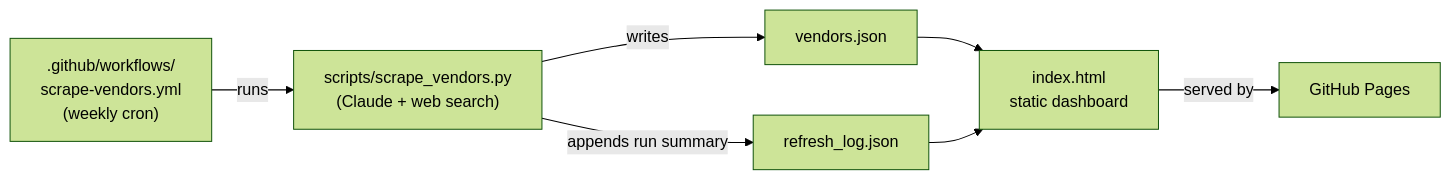
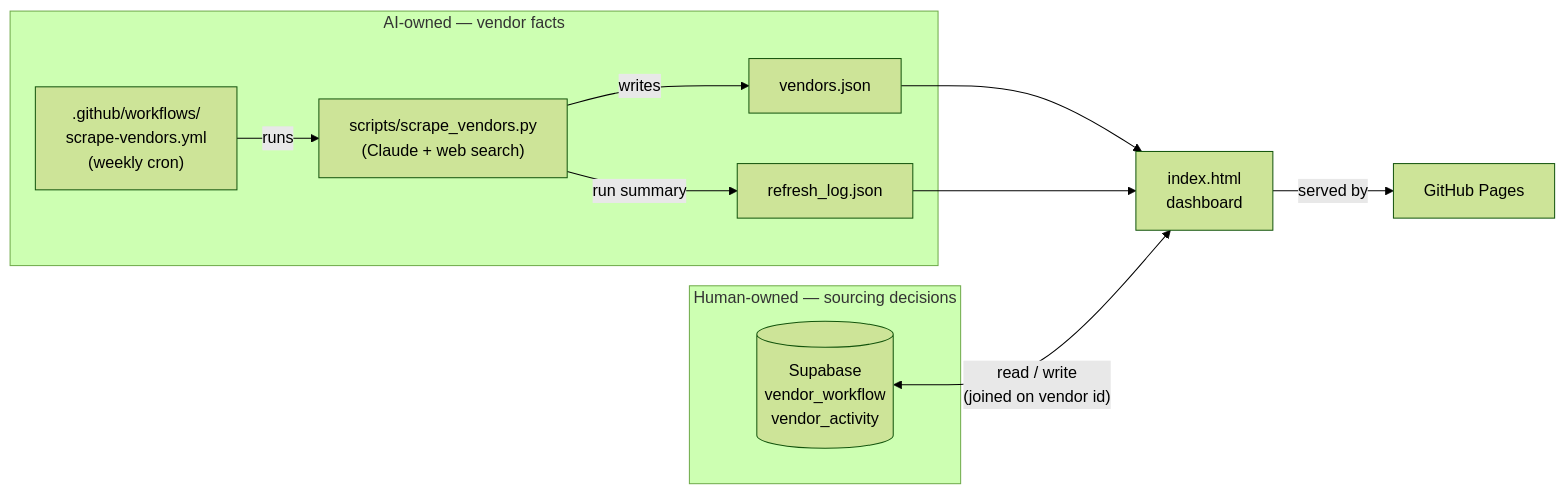
The diagram in README.md (zzixuan040/vendor-atlas), drawn with Mermaid (forest theme) before and after one commit. The commit also changed other lines of this file and 4 other files, not shown here.

First line of the commit message:
Add team sourcing workflow: status, owner, priority, notes, activity

````diff
--- a/README.md
+++ b/README.md
@@ -15,9 +23,15 @@
 ```mermaid
 flowchart LR
-    A["scripts/scrape_vendors.py<br/>(Claude + web search)"] -->|writes| B[vendors.json]
-    A -->|appends run summary| C[refresh_log.json]
-    B --> D[index.html<br/>static dashboard]
+    subgraph ai["AI-owned — vendor facts"]
+        A["scripts/scrape_vendors.py<br/>(Claude + web search)"] -->|writes| B[vendors.json]
+        A -->|run summary| C[refresh_log.json]
+        E[".github/workflows/<br/>scrape-vendors.yml<br/>(weekly cron)"] -->|runs| A
+    end
+    subgraph human["Human-owned — sourcing decisions"]
+        G[("Supabase<br/>vendor_workflow<br/>vendor_activity")]
+    end
+    B --> D[index.html<br/>dashboard]
     C --> D
-    E[".github/workflows/<br/>scrape-vendors.yml<br/>(weekly cron)"] -->|runs| A
+    G <-->|"read / write<br/>(joined on vendor id)"| D
     D -->|served by| F[GitHub Pages]
 ```
````
